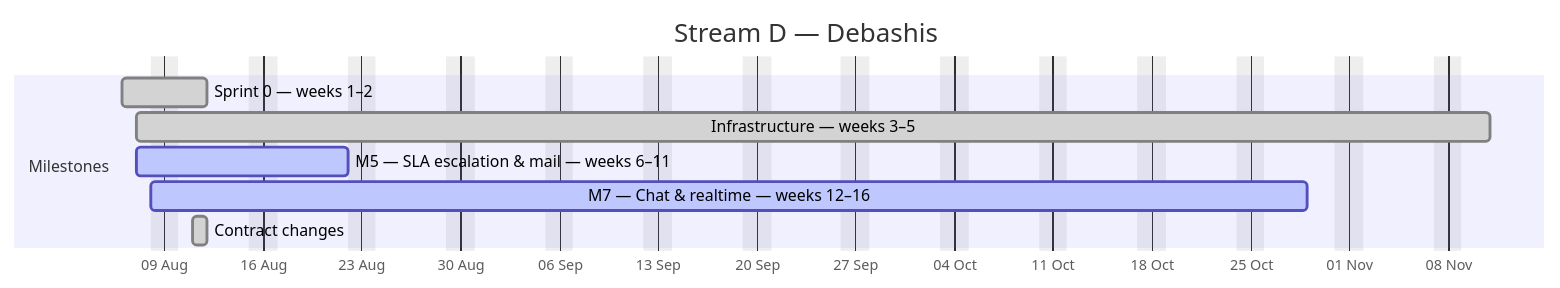
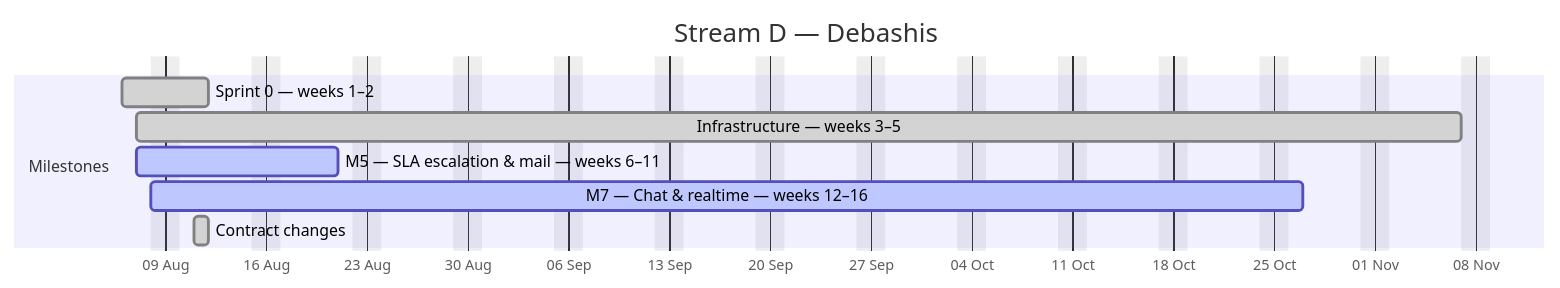
Before and after one commit to debashisedunext/EduTrack: the fourth of 4 diagrams in docs/plan/GANTT.md, drawn with Mermaid. The commit also changed other lines of this file and 3 other files, not shown here.

````diff
--- a/docs/plan/GANTT.md
+++ b/docs/plan/GANTT.md
@@ -158,13 +158,13 @@
 ```mermaid
 gantt
     dateFormat YYYY-MM-DD
     axisFormat %d %b
     title Stream D — Debashis
     excludes weekends
     section Milestones
     Sprint 0 — weeks 1–2 :done, d0, 2026-08-06, 4d
-    Infrastructure — weeks 3–5 :done, d1, 2026-08-07, 68d
-    M5 — SLA  escalation & mail — weeks 6–11 :active, d2, 2026-08-07, 11d
-    M7 — Chat & realtime — weeks 12–16 :active, d3, 2026-08-08, 59d
+    Infrastructure — weeks 3–5 :done, d1, 2026-08-07, 66d
+    M5 — SLA  escalation & mail — weeks 6–11 :active, d2, 2026-08-07, 10d
+    M7 — Chat & realtime — weeks 12–16 :active, d3, 2026-08-08, 57d
     Contract changes :done, d4, 2026-08-11, 1d
 ```
````
